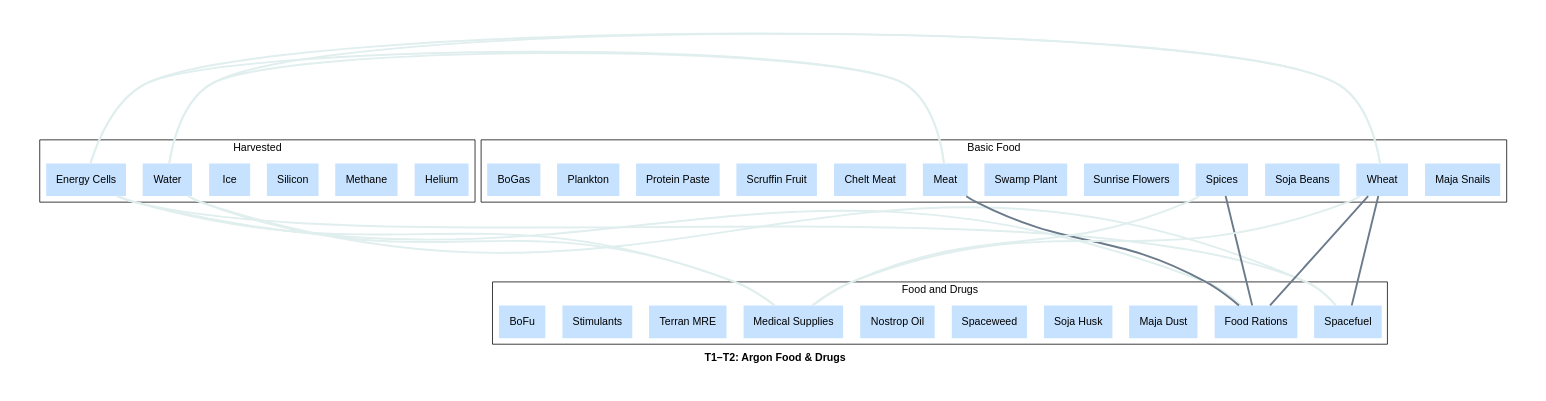
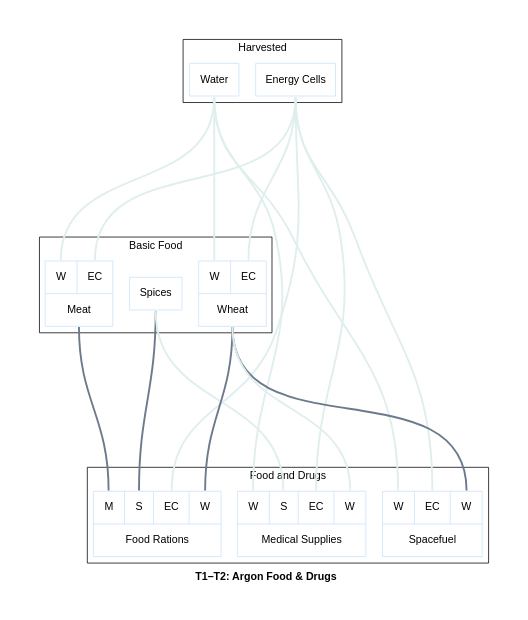
One commit to borntyping/x4-diagrams changed the diagram in docs/t1_t2_argon_food_drugs_graph.dot. Above: the diagram before and after it, drawn with Graphviz. The commit also changed 81 other files, not shown here.

Commit message:
Record-type graphviz nodes showing inputs

```diff
--- a/docs/t1_t2_argon_food_drugs_graph.dot
+++ b/docs/t1_t2_argon_food_drugs_graph.dot
@@ -1,59 +1,40 @@
 graph "X4 Economy" {
+	edge [arrowType=normal]
 	compound=true fontname="Helvetica,Arial,sans-serif"
 	label=<<b>T1–T2: Argon Food &amp; Drugs</b>>
-	graph [nodesep=0.3 pad=0.5 ranksep=2]
-	node [color=slategray1 fontname="Helvetica,Arial,sans-serif" margin=0.2 penwidth=0 shape=record style=filled]
-	edge [fontname="Helvetica,Arial,sans-serif" penwidth=2.5]
+	graph [nodesep=0.3 pad=0.5 ranksep=3]
+	node [color=slategray1 fontname="Helvetica,Arial,sans-serif" margin=0.2 penwidth=1 shape=box]
+	edge [arrowhead=normal arrowtype=normal fontname="Helvetica,Arial,sans-serif" headport=n penwidth=2.5 tailport=s]
 	subgraph 0 {
 		cluster=true label=Harvested
-		Helium [colour=lightsteelblue2 shape=box]
-		Methane [colour=lightsteelblue2 shape=box]
-		Silicon [colour=lightsteelblue2 shape=box]
-		Ice [colour=lightsteelblue2 shape=box]
-		Water [colour=lightsteelblue2 shape=box]
-		"Energy Cells" [colour=lightsteelblue2 shape=box]
+		water [label="{<output> Water}" colour=lightsteelblue2 shape=record]
+		energy_cells [label="{<output> Energy Cells}" colour=lightsteelblue2 shape=record]
 	}
 	subgraph 1 {
 		cluster=true label="Basic Food"
-		"Maja Snails" [colour=lightsteelblue2 shape=box]
-		Meat [colour=lightsteelblue2 shape=box]
-		"Soja Beans" [colour=lightsteelblue2 shape=box]
-		Spices [colour=lightsteelblue2 shape=box]
-		"Sunrise Flowers" [colour=lightsteelblue2 shape=box]
-		"Swamp Plant" [colour=lightsteelblue2 shape=box]
-		Wheat [colour=lightsteelblue2 shape=box]
-		"Chelt Meat" [colour=lightsteelblue2 shape=box]
-		"Scruffin Fruit" [colour=lightsteelblue2 shape=box]
-		"Protein Paste" [colour=lightsteelblue2 shape=box]
-		Plankton [colour=lightsteelblue2 shape=box]
-		BoGas [colour=lightsteelblue2 shape=box]
+		meat [label="{{<water> W|<energy_cells> EC}|<output> Meat}" colour=lightsteelblue2 shape=record]
+		spices [label="{<output> Spices}" colour=lightsteelblue2 shape=record]
+		wheat [label="{{<water> W|<energy_cells> EC}|<output> Wheat}" colour=lightsteelblue2 shape=record]
 	}
 	subgraph 2 {
 		cluster=true label="Food and Drugs"
-		Spacefuel [colour=lightsteelblue2 shape=box]
-		"Food Rations" [colour=lightsteelblue2 shape=box]
-		"Maja Dust" [colour=lightsteelblue2 shape=box]
-		"Soja Husk" [colour=lightsteelblue2 shape=box]
-		Spaceweed [colour=lightsteelblue2 shape=box]
-		"Nostrop Oil" [colour=lightsteelblue2 shape=box]
-		"Medical Supplies" [colour=lightsteelblue2 shape=box]
-		"Terran MRE" [colour=lightsteelblue2 shape=box]
-		Stimulants [colour=lightsteelblue2 shape=box]
-		BoFu [colour=lightsteelblue2 shape=box]
+		spacefuel [label="{{<water> W|<energy_cells> EC|<wheat> W}|<output> Spacefuel}" colour=lightsteelblue2 shape=record]
+		food_rations [label="{{<meat> M|<spices> S|<energy_cells> EC|<wheat> W}|<output> Food Rations}" colour=lightsteelblue2 shape=record]
+		medical_supplies [label="{{<water> W|<spices> S|<energy_cells> EC|<wheat> W}|<output> Medical Supplies}" colour=lightsteelblue2 shape=record]
 	}
-	"Energy Cells" -- Meat [color=azure2 constraint=false]
-	Water -- Meat [color=azure2 constraint=false]
-	"Energy Cells" -- Wheat [color=azure2 constraint=false]
-	Water -- Wheat [color=azure2 constraint=false]
-	"Energy Cells" -- Spacefuel [color=azure2 constraint=false]
-	Water -- Spacefuel [color=azure2 constraint=false]
-	Wheat -- Spacefuel [color=slategray4 constraint=true]
-	"Energy Cells" -- "Food Rations" [color=azure2 constraint=false]
-	Meat -- "Food Rations" [color=slategray4 constraint=true]
-	Spices -- "Food Rations" [color=slategray4 constraint=true]
-	Wheat -- "Food Rations" [color=slategray4 constraint=true]
-	"Energy Cells" -- "Medical Supplies" [color=azure2 constraint=false]
-	Spices -- "Medical Supplies" [color=azure2 constraint=false]
-	Water -- "Medical Supplies" [color=azure2 constraint=false]
-	Wheat -- "Medical Supplies" [color=azure2 constraint=false]
+	energy_cells:output:s -- meat:energy_cells:n [color=azure2]
+	water:output:s -- meat:water:n [color=azure2]
+	energy_cells:output:s -- wheat:energy_cells:n [color=azure2]
+	water:output:s -- wheat:water:n [color=azure2]
+	energy_cells:output:s -- spacefuel:energy_cells:n [color=azure2]
+	water:output:s -- spacefuel:water:n [color=azure2]
+	wheat:output:s -- spacefuel:wheat:n [color=slategray4]
+	energy_cells:output:s -- food_rations:energy_cells:n [color=azure2]
+	meat:output:s -- food_rations:meat:n [color=slategray4]
+	spices:output:s -- food_rations:spices:n [color=slategray4]
+	wheat:output:s -- food_rations:wheat:n [color=slategray4]
+	energy_cells:output:s -- medical_supplies:energy_cells:n [color=azure2]
+	spices:output:s -- medical_supplies:spices:n [color=azure2]
+	water:output:s -- medical_supplies:water:n [color=azure2]
+	wheat:output:s -- medical_supplies:wheat:n [color=azure2]
 }
```
